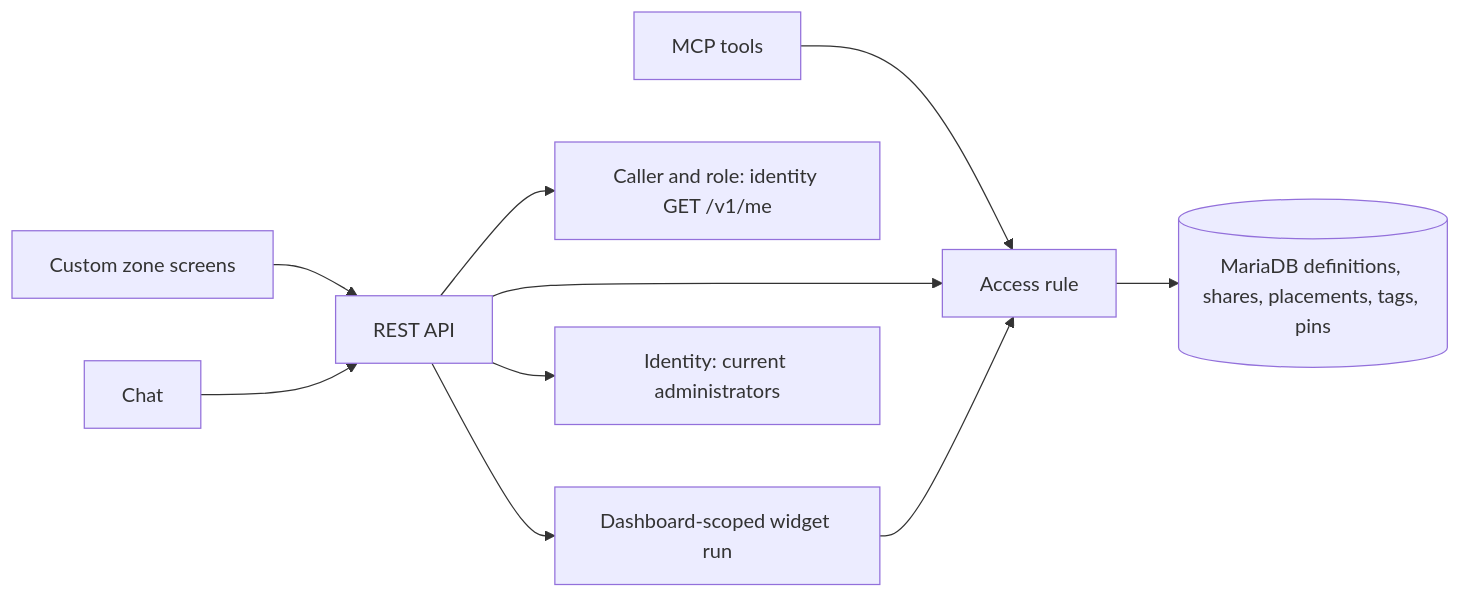
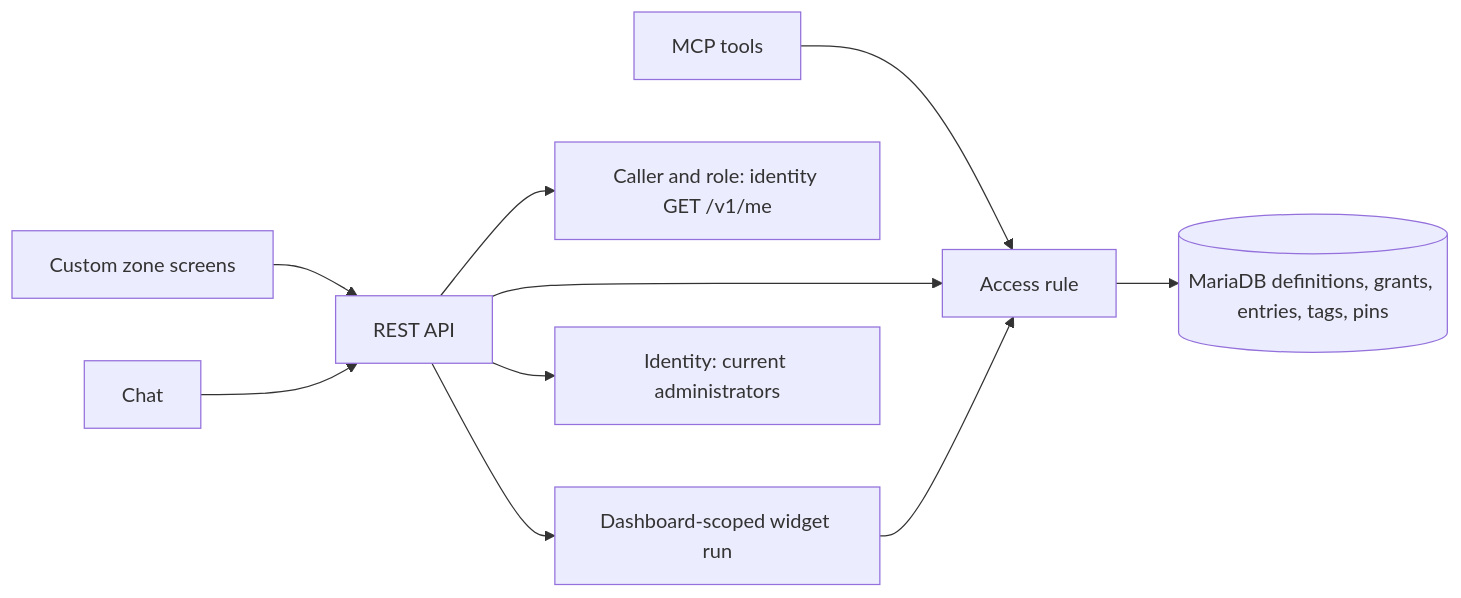
The first of 2 diagrams in docs/domain/insight-v3/specs/sharing/DESIGN.md (constructorfabric/insight), drawn with Mermaid before and after one commit. The commit also changed other lines of this file and 1 other file, not shown here.

First line of the commit message:
docs(v3): add editors, grants to everyone and shared folders to the sharing spec

````diff
--- a/docs/domain/insight-v3/specs/sharing/DESIGN.md
+++ b/docs/domain/insight-v3/specs/sharing/DESIGN.md
@@ -86,12 +91,12 @@
 ```mermaid
 flowchart LR
     Portal[Custom zone screens] --> API[REST API]
     Chat[Chat] --> API
     MCP[MCP tools] --> Access
     API --> Caller[Caller and role: identity GET /v1/me]
     API --> Access[Access rule]
     API --> Render[Dashboard-scoped widget run]
     Render --> Access
-    Access --> Store[(MariaDB definitions, shares, placements, tags, pins)]
+    Access --> Store[(MariaDB definitions, grants, entries, tags, pins)]
     API --> Admins[Identity: current administrators]
 ```
````
